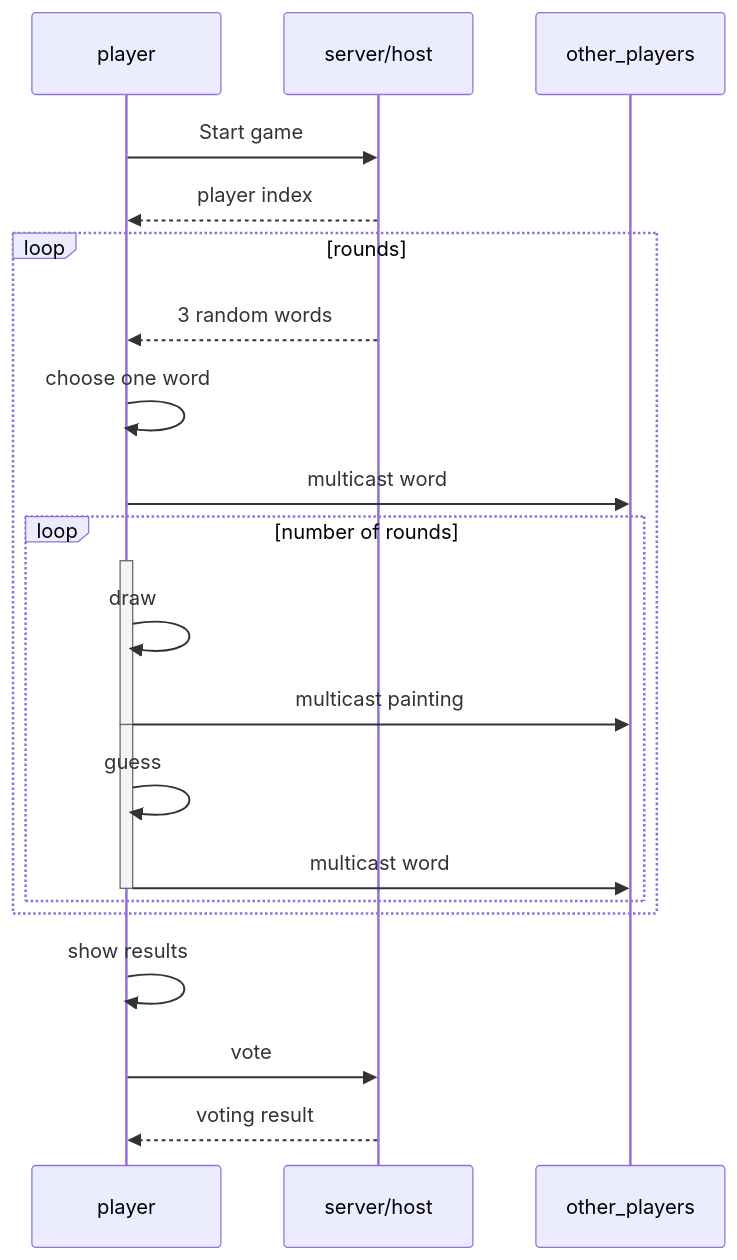
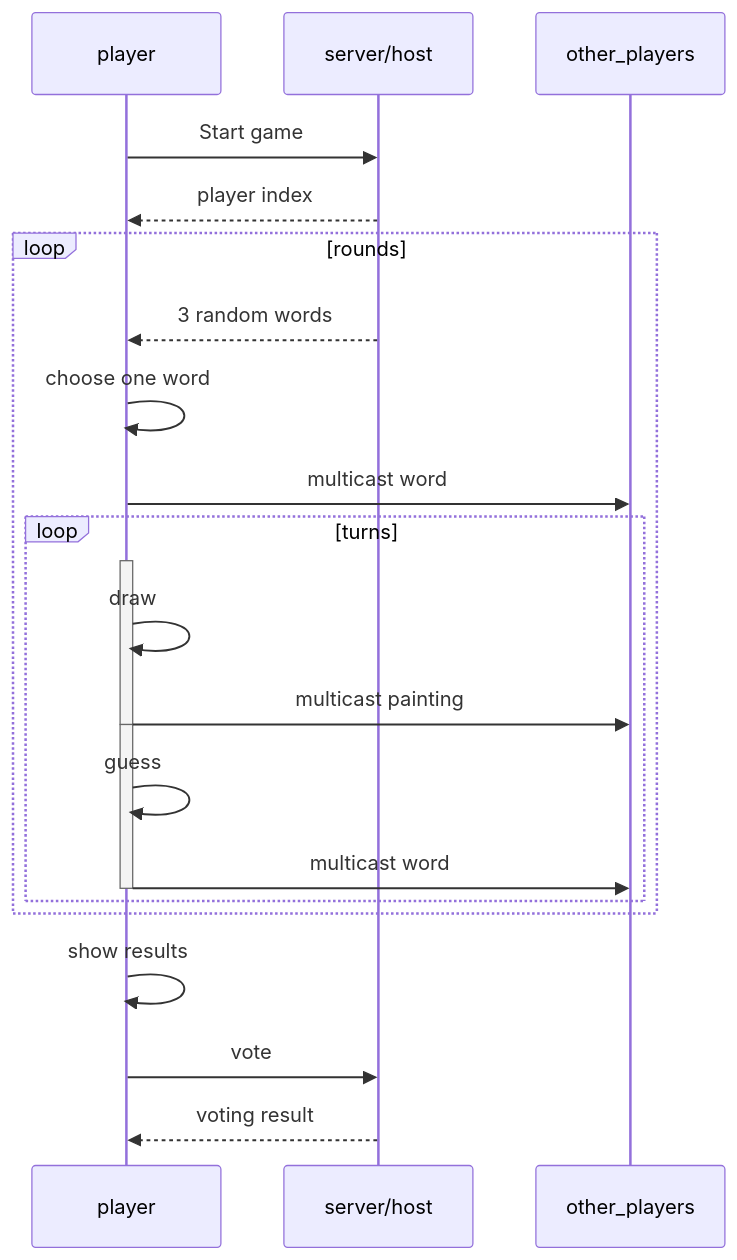
The second of 3 diagrams in docs/statemachine.md (zzhcai/DrawandGuess), drawn with Mermaid before and after one commit.

Commit message:
Update terminology

````diff
--- a/docs/statemachine.md
+++ b/docs/statemachine.md
@@ -36,27 +36,27 @@
 ```mermaid
 sequenceDiagram
 	participant player
 	participant server/host
 	participant other_players
 	
 	player ->> server/host: Start game
 	server/host -->> player: player index
 	loop rounds
     server/host -->> player: 3 random words
     player ->> player: choose one word
     player ->> other_players: multicast word
-    loop number of rounds
+    loop turns
       activate player
       player ->> player: draw
       player ->> -other_players: multicast painting
 
       activate player
       player ->> player: guess
       player ->> -other_players: multicast word
     end
 	end
 	player ->> player: show results
 	player ->> server/host: vote
 	server/host -->> player: voting result
 	
 ```
````
